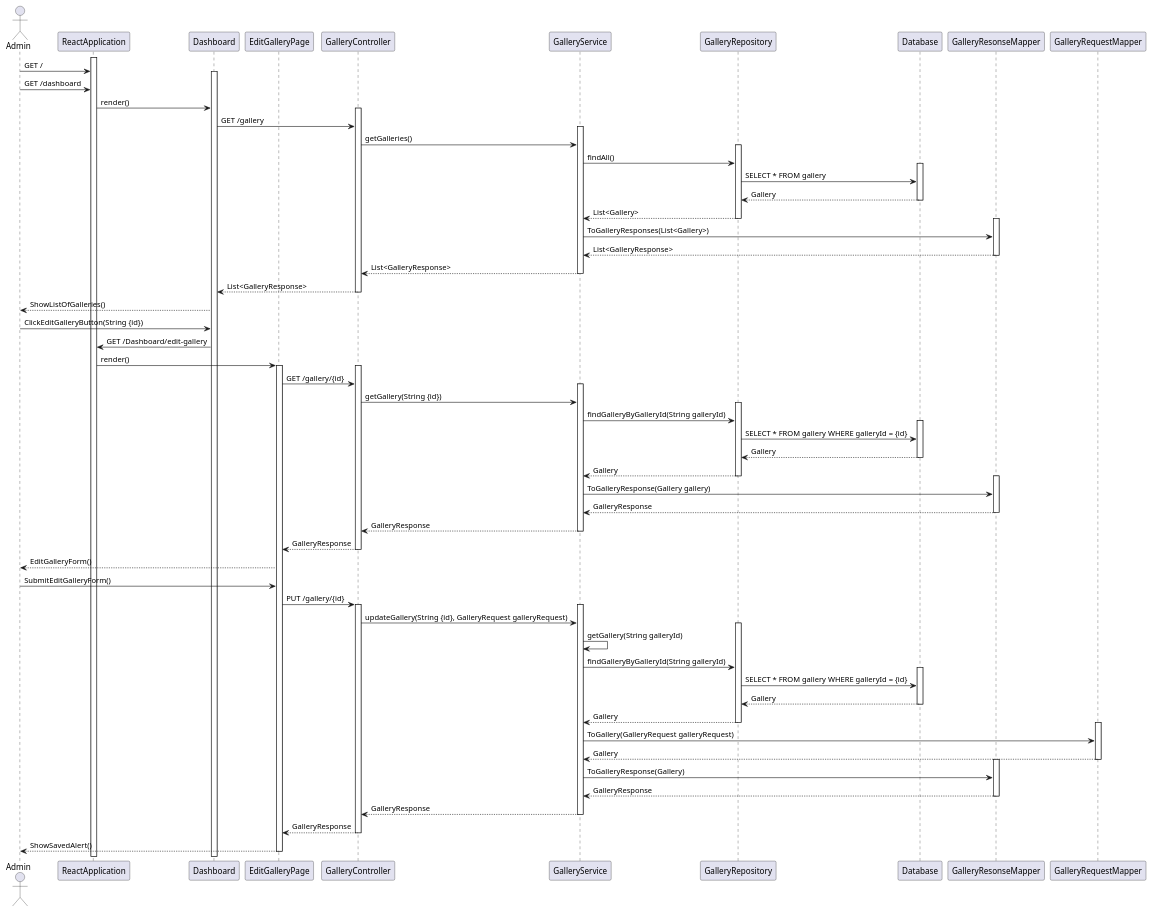
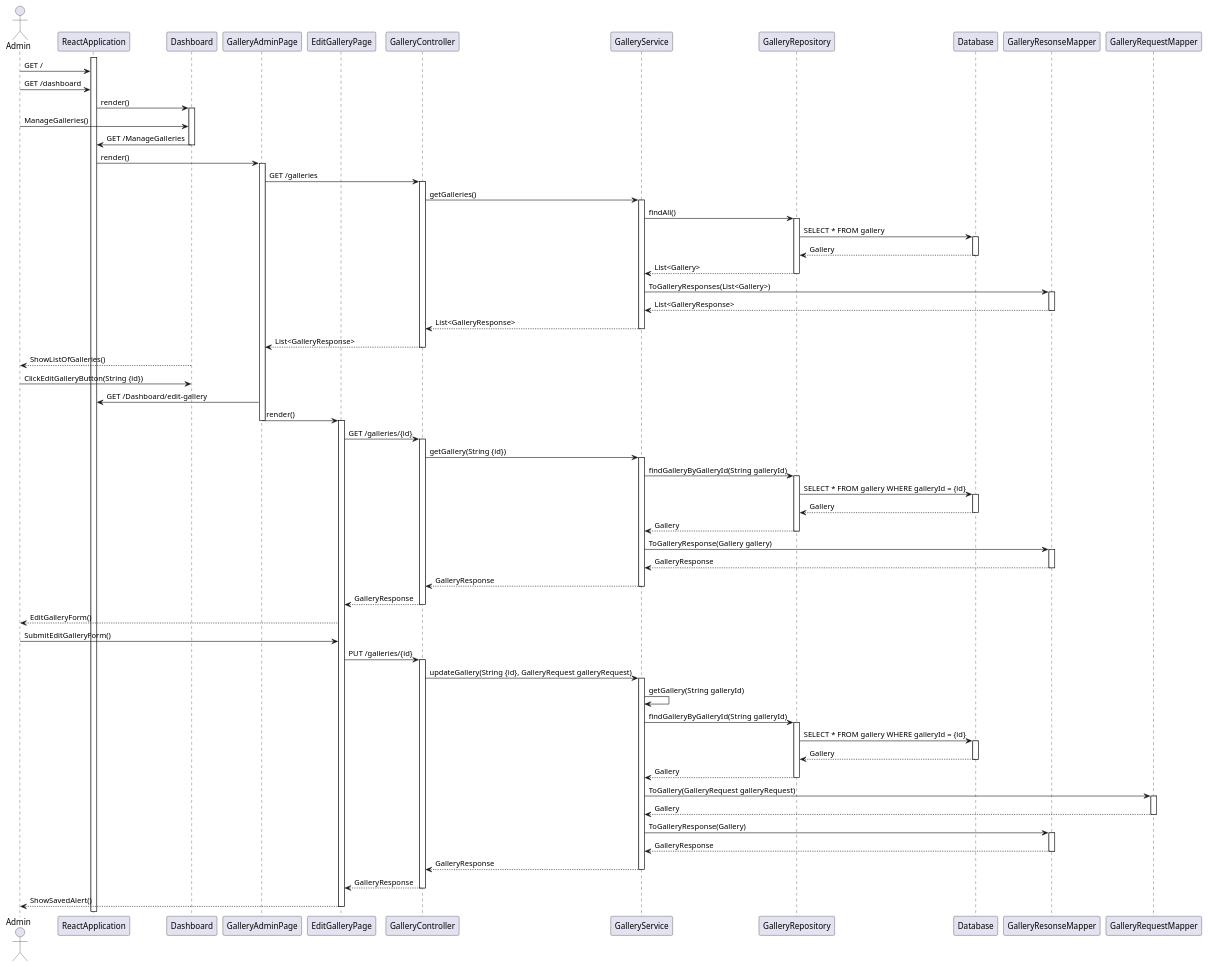
Before and after one commit to DylanBrass/Corso-Website: the diagram in Sprint_1/View_Carousel/Design-lvl-SSD-Admin.puml, drawn with PlantUML.

Commit message:
Update the use case diagrams

```diff
--- a/Sprint_1/View_Carousel/Design-lvl-SSD-Admin.puml
+++ b/Sprint_1/View_Carousel/Design-lvl-SSD-Admin.puml
@@ -6,28 +6,41 @@
 
 Admin -> ReactApplication : GET /
 
-activate Dashboard
+participant Dashboard
+
+participant GalleryAdminPage
 
 participant EditGalleryPage
+
 Admin -> ReactApplication : GET /dashboard
 
 ReactApplication -> Dashboard : render()
+activate Dashboard
+Admin -> Dashboard : ManageGalleries()
 
+
+
+Dashboard -> ReactApplication : GET /ManageGalleries
+
+deactivate Dashboard
+
+ReactApplication -> GalleryAdminPage : render()
+activate GalleryAdminPage
+
+GalleryAdminPage -> GalleryController : GET /galleries
 activate GalleryController
 
-Dashboard -> GalleryController : GET /gallery
 
+GalleryController -> GalleryService : getGalleries()
 activate GalleryService
 
-GalleryController -> GalleryService : getGalleries()
 
+GalleryService -> GalleryRepository : findAll()
 activate GalleryRepository
 
-GalleryService -> GalleryRepository : findAll()
-
-activate Database
 
 GalleryRepository -> Database : SELECT * FROM gallery
+activate Database
 
 Database --> GalleryRepository : Gallery
 
@@ -37,9 +50,9 @@
 
 deactivate GalleryRepository
 
-activate GalleryResonseMapper
 
 GalleryService -> GalleryResonseMapper : ToGalleryResponses(List<Gallery>)
+activate GalleryResonseMapper
 
 GalleryResonseMapper --> GalleryService : List<GalleryResponse>
 
@@ -49,7 +62,7 @@
 
 deactivate GalleryService
 
-GalleryController --> Dashboard : List<GalleryResponse>
+GalleryController --> GalleryAdminPage : List<GalleryResponse>
 
 deactivate GalleryController
 
@@ -60,28 +73,30 @@
 
 
 
-    Dashboard -> ReactApplication : GET /Dashboard/edit-gallery
+    GalleryAdminPage -> ReactApplication : GET /Dashboard/edit-gallery
 
-    ReactApplication -> EditGalleryPage : render()
+    GalleryAdminPage -> EditGalleryPage : render()
+
+    deactivate GalleryAdminPage
 
     activate EditGalleryPage
 
 
+
+    EditGalleryPage -> GalleryController : GET /galleries/{id}
     activate GalleryController
 
-    EditGalleryPage -> GalleryController : GET /gallery/{id}
 
+    GalleryController -> GalleryService : getGallery(String {id})
     activate GalleryService
 
-    GalleryController -> GalleryService : getGallery(String {id})
 
+    GalleryService -> GalleryRepository : findGalleryByGalleryId(String galleryId)
     activate GalleryRepository
 
-    GalleryService -> GalleryRepository : findGalleryByGalleryId(String galleryId)
-
-    activate Database
 
     GalleryRepository -> Database : SELECT * FROM gallery WHERE galleryId = {id}
+    activate Database
 
     Database --> GalleryRepository : Gallery
 
@@ -91,9 +106,9 @@
 
     deactivate GalleryRepository
 
-    activate GalleryResonseMapper
 
     GalleryService -> GalleryResonseMapper : ToGalleryResponse(Gallery gallery)
+    activate GalleryResonseMapper
 
     GalleryResonseMapper --> GalleryService : GalleryResponse
 
@@ -113,24 +128,24 @@
 
     Admin -> EditGalleryPage : SubmitEditGalleryForm()
 
-    EditGalleryPage -> GalleryController : PUT /gallery/{id}
+    EditGalleryPage -> GalleryController : PUT /galleries/{id}
 
     activate GalleryController
 
 
+
+    GalleryController -> GalleryService : updateGallery(String {id}, GalleryRequest galleryRequest)
     activate GalleryService
 
-    GalleryController -> GalleryService : updateGallery(String {id}, GalleryRequest galleryRequest)
-
-    activate GalleryRepository
 
     GalleryService -> GalleryService : getGallery(String galleryId)
 
     GalleryService -> GalleryRepository : findGalleryByGalleryId(String galleryId)
+    activate GalleryRepository
 
-    activate Database
 
     GalleryRepository -> Database : SELECT * FROM gallery WHERE galleryId = {id}
+    activate Database
 
     Database --> GalleryRepository : Gallery
 
@@ -140,9 +155,9 @@
 
     deactivate GalleryRepository
 
-    activate GalleryRequestMapper
 
     GalleryService -> GalleryRequestMapper : ToGallery(GalleryRequest galleryRequest)
+    activate GalleryRequestMapper
 
 
     GalleryRequestMapper --> GalleryService : Gallery
@@ -150,9 +165,9 @@
     deactivate GalleryRequestMapper
     
 
-    activate GalleryResonseMapper
 
     GalleryService -> GalleryResonseMapper : ToGalleryResponse(Gallery)
+    activate GalleryResonseMapper
 
     GalleryResonseMapper --> GalleryService : GalleryResponse
 
```
